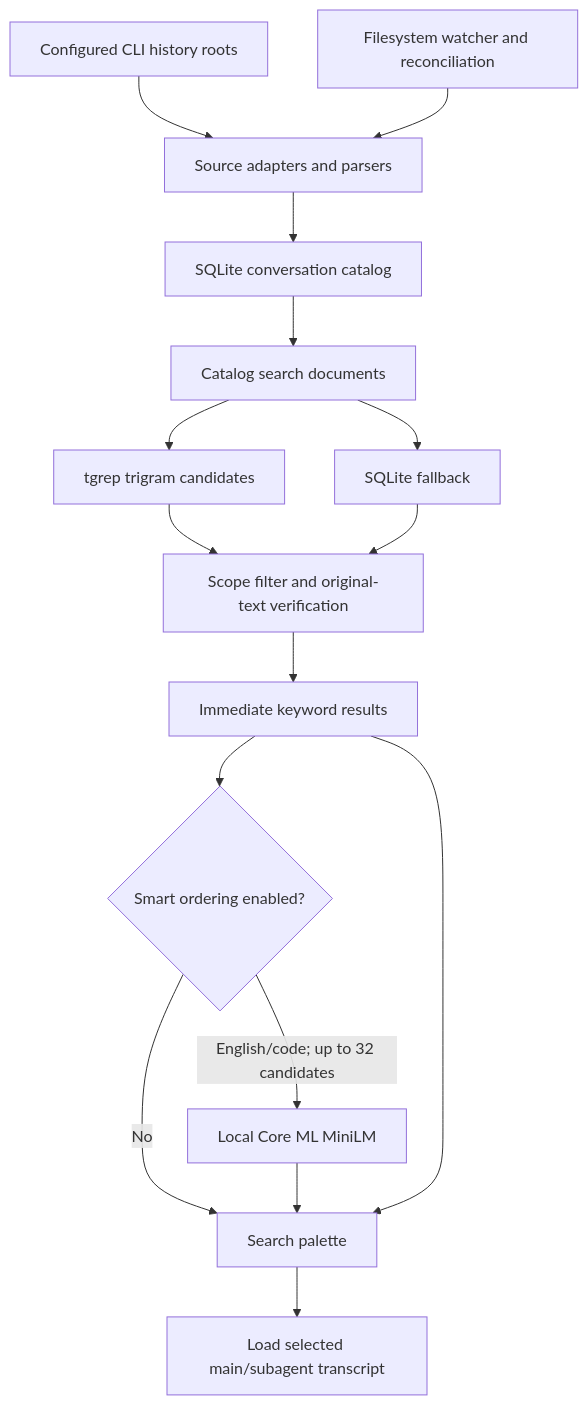
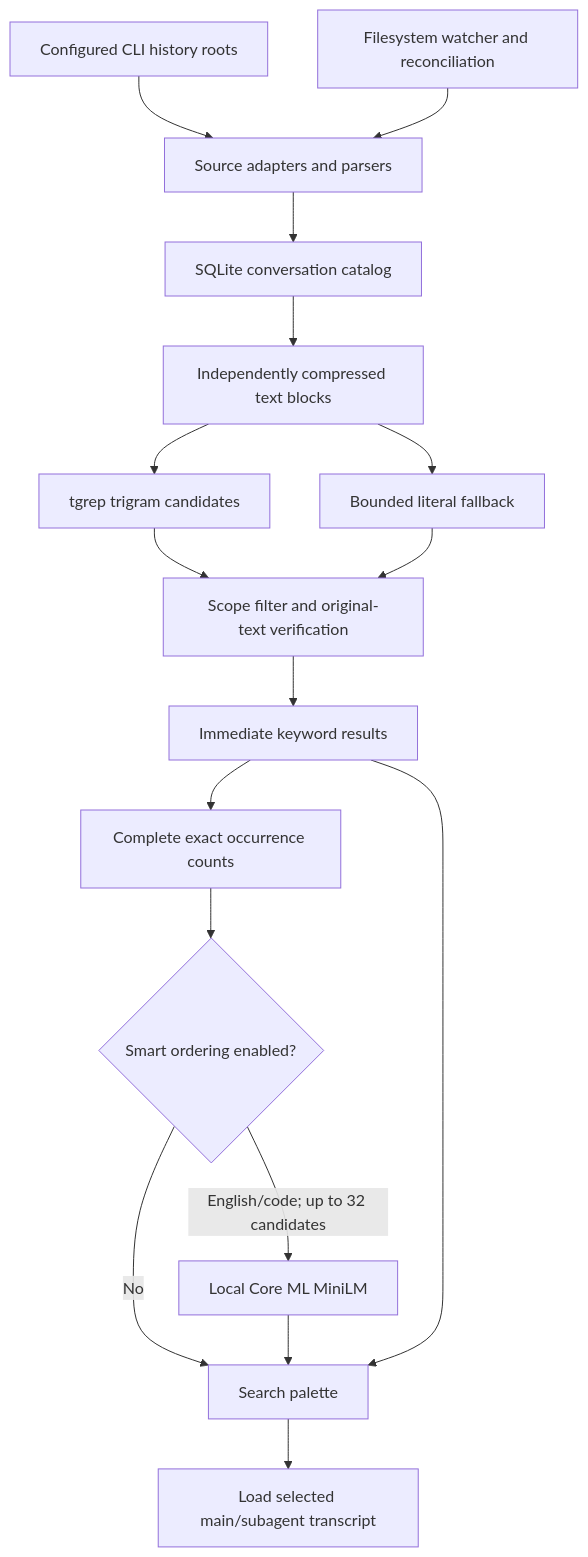
One commit to ccbud/CCBuddy changed the diagram in docs/architecture.md. Above: the diagram before and after it, drawn with Mermaid. The commit also changed other lines of this file and 40 other files, not shown here.

Commit message:
perf: replace SQLite FTS with compressed tgrep chunks

````diff
--- a/docs/architecture.md
+++ b/docs/architecture.md
@@ -29,18 +29,19 @@
 ```mermaid
 flowchart TD
     A[Configured CLI history roots] --> B[Source adapters and parsers]
     B --> C[SQLite conversation catalog]
     W[Filesystem watcher and reconciliation] --> B
-    C --> D[Catalog search documents]
+    C --> D[Independently compressed text blocks]
     D --> E[tgrep trigram candidates]
-    D --> F[SQLite fallback]
+    D --> F[Bounded literal fallback]
     E --> G[Scope filter and original-text verification]
     F --> G
     G --> H[Immediate keyword results]
-    H --> I{Smart ordering enabled?}
+    H --> N[Complete exact occurrence counts]
+    N --> I{Smart ordering enabled?}
     I -->|No| J[Search palette]
     I -->|English/code; up to 32 candidates| K[Local Core ML MiniLM]
     K --> J
     H --> J
     J --> L[Load selected main/subagent transcript]
 ```
````
